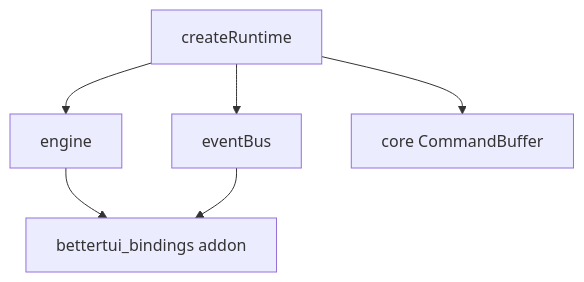
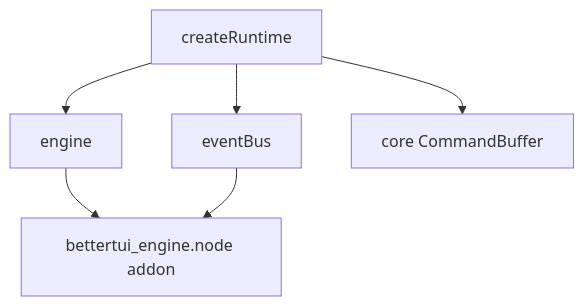
The diagram in docs/api/packages/native.md (localfirstai/bettertui), drawn with Mermaid before and after one commit. The commit also changed other lines of this file and 38 other files, not shown here.

````diff
--- a/docs/api/packages/native.md
+++ b/docs/api/packages/native.md
@@ -41,8 +41,8 @@
 ```mermaid
 flowchart TD
     A[createRuntime] --> B[engine]
     A --> C[eventBus]
     A --> D[core CommandBuffer]
-    B --> E[bettertui_bindings addon]
+    B --> E[bettertui_engine.node addon]
     C --> E
 ```
````
